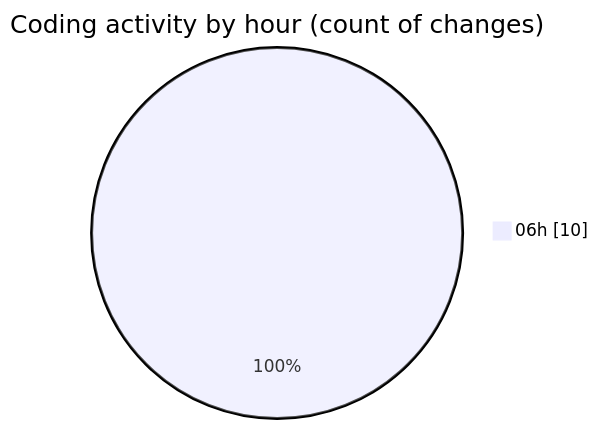
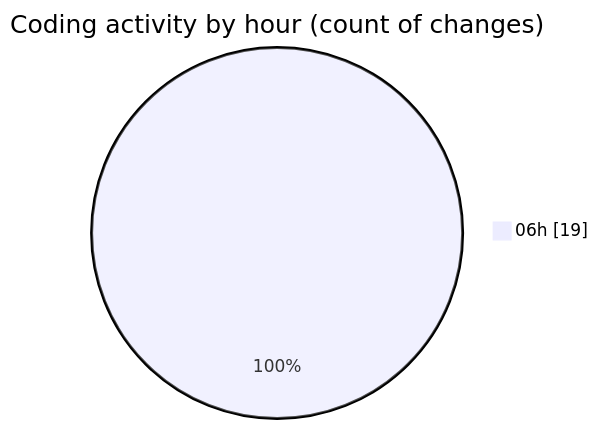
The second of 2 diagrams in 2025-01-03/impin_fr/README.md (ernivani/code-tracking), drawn with Mermaid before and after one commit. The commit also changed other lines of this file and 4 other files, not shown here.

````diff
--- a/2025-01-03/impin_fr/README.md
+++ b/2025-01-03/impin_fr/README.md
@@ -32,5 +36,5 @@
 ```mermaid
 pie showData
 title Coding activity by hour (count of changes)
-"06h" : 10
+"06h" : 19
 ```
````
